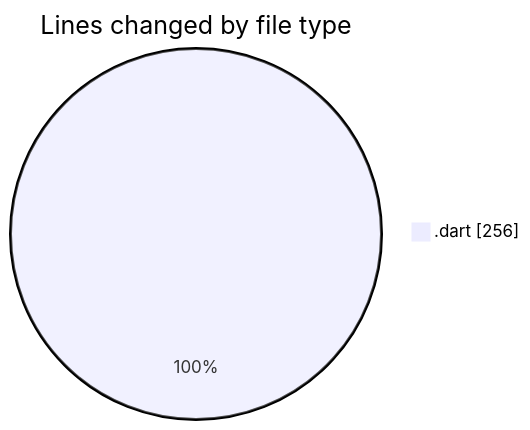
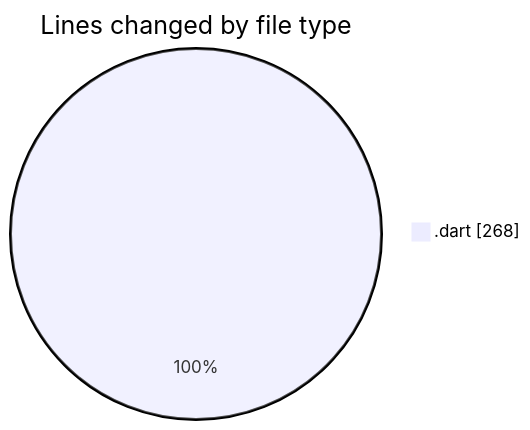
Before and after one commit to donsfak/code-tracking: the first of 2 diagrams in 2025-03-25/wordle/README.md, drawn with Mermaid. The commit also changed other lines of this file and 1 other file, not shown here.

````diff
--- a/2025-03-25/wordle/README.md
+++ b/2025-03-25/wordle/README.md
@@ -26,5 +26,5 @@
 ```mermaid
 pie showData
 title Lines changed by file type
-".dart" : 256
+".dart" : 268
 ```
````
